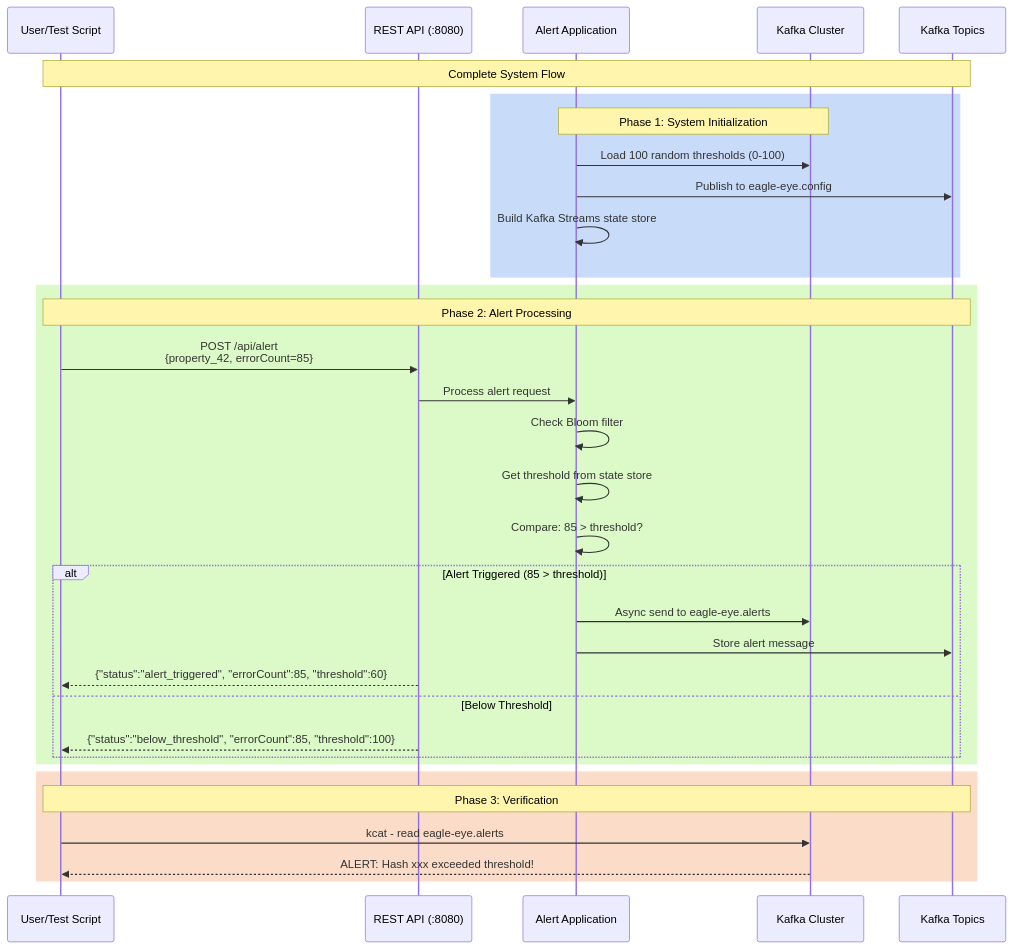
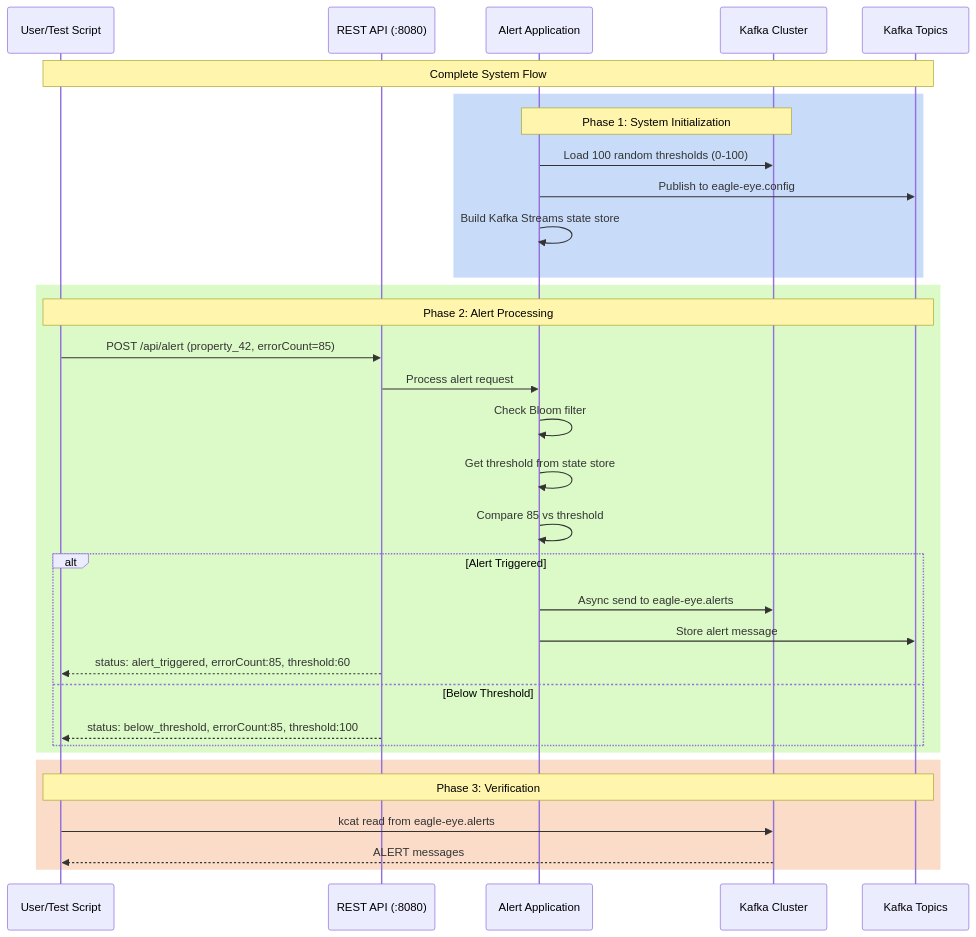
Before and after one commit to red2n/alerts: the fifth of 5 diagrams in SYSTEM-FLOW.md, drawn with Mermaid. The commit also changed other lines of this file and 5 other files, not shown here.

First line of the commit message:
Refactor alert processing system to use config-store instead of threshold-store

````diff
--- a/SYSTEM-FLOW.md
+++ b/SYSTEM-FLOW.md
@@ -251,40 +241,40 @@
 ```mermaid
 sequenceDiagram
     participant User as User/Test Script
     participant API as REST API (:8080)
     participant App as Alert Application
     participant Kafka as Kafka Cluster
     participant Topics as Kafka Topics
 
     Note over User,Topics: Complete System Flow
 
     rect rgb(200, 220, 250)
         Note over App,Kafka: Phase 1: System Initialization
         App->>Kafka: Load 100 random thresholds (0-100)
         App->>Topics: Publish to eagle-eye.config
         App->>App: Build Kafka Streams state store
     end
 
     rect rgb(220, 250, 200)
         Note over User,Topics: Phase 2: Alert Processing
-        User->>API: POST /api/alert<br/>{property_42, errorCount=85}
+        User->>API: POST /api/alert (property_42, errorCount=85)
         API->>App: Process alert request
         App->>App: Check Bloom filter
         App->>App: Get threshold from state store
-        App->>App: Compare: 85 > threshold?
+        App->>App: Compare 85 vs threshold
 
-        alt Alert Triggered (85 > threshold)
+        alt Alert Triggered
             App->>Kafka: Async send to eagle-eye.alerts
             App->>Topics: Store alert message
-            API-->>User: {"status":"alert_triggered", "errorCount":85, "threshold":60}
+            API-->>User: status: alert_triggered, errorCount:85, threshold:60
         else Below Threshold
-            API-->>User: {"status":"below_threshold", "errorCount":85, "threshold":100}
+            API-->>User: status: below_threshold, errorCount:85, threshold:100
         end
     end
 
     rect rgb(250, 220, 200)
         Note over User,Topics: Phase 3: Verification
-        User->>Kafka: kcat - read eagle-eye.alerts
-        Kafka-->>User: ALERT: Hash xxx exceeded threshold!
+        User->>Kafka: kcat read from eagle-eye.alerts
+        Kafka-->>User: ALERT messages
     end
 ```
````
